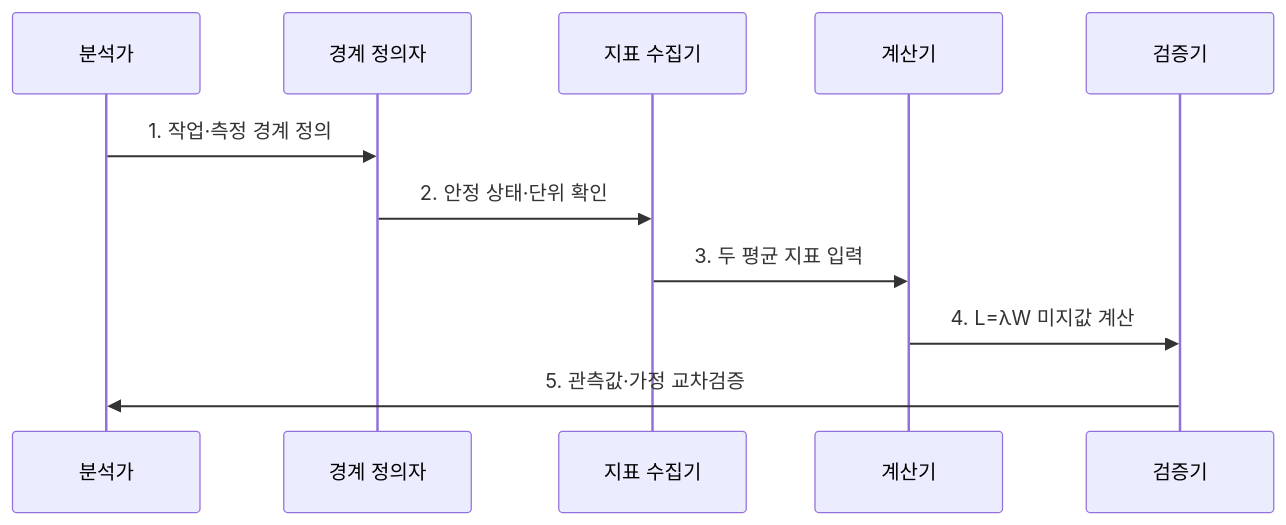
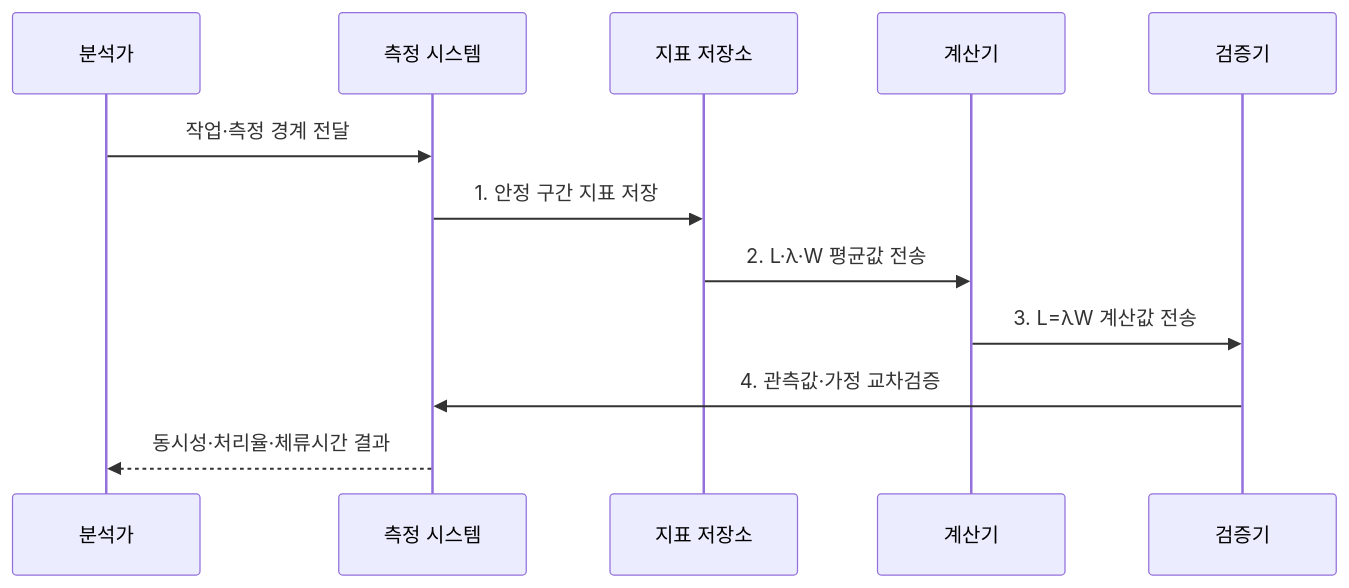
One commit to agnusdei1207/knowledge-base changed the second of 2 diagrams in src/content/docs/notes/06-evaluation/004_littles_law.md. Above: the diagram before and after it, drawn with Mermaid. The commit also changed other lines of this file and 20 other files, not shown here.

````diff
--- a/src/content/docs/notes/06-evaluation/004_littles_law.md
+++ b/src/content/docs/notes/06-evaluation/004_littles_law.md
@@ -81,13 +81,14 @@
 ```mermaid
 sequenceDiagram
   participant A as 분석가
-  participant B as 경계 정의자
-  participant M as 지표 수집기
+  participant M as 측정 시스템
+  participant D as 지표 저장소
   participant C as 계산기
   participant V as 검증기
-  A->>B: 1. 작업·측정 경계 정의
-  B->>M: 2. 안정 상태·단위 확인
-  M->>C: 3. 두 평균 지표 입력
-  C->>V: 4. L=λW 미지값 계산
-  V->>A: 5. 관측값·가정 교차검증
+  A->>M: 작업·측정 경계 전달
+  M->>D: 1. 안정 구간 지표 저장
+  D->>C: 2. L·λ·W 평균값 전송
+  C->>V: 3. L=λW 계산값 전송
+  V->>M: 4. 관측값·가정 교차검증
+  M-->>A: 동시성·처리율·체류시간 결과
 ```
````
